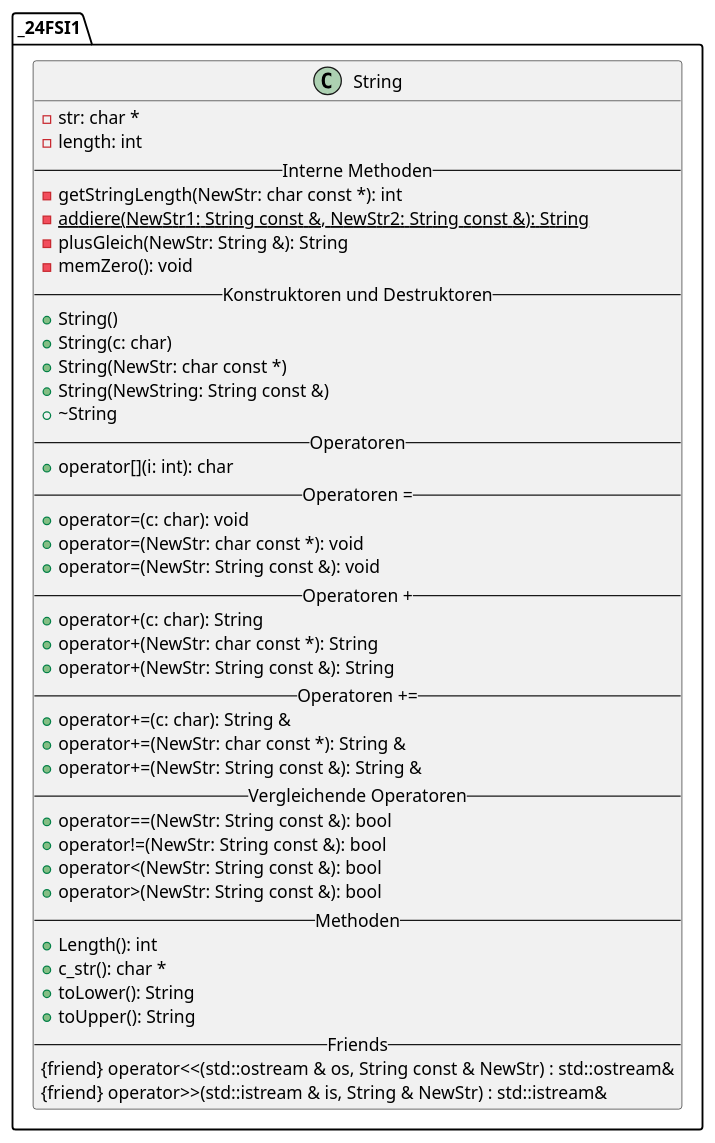
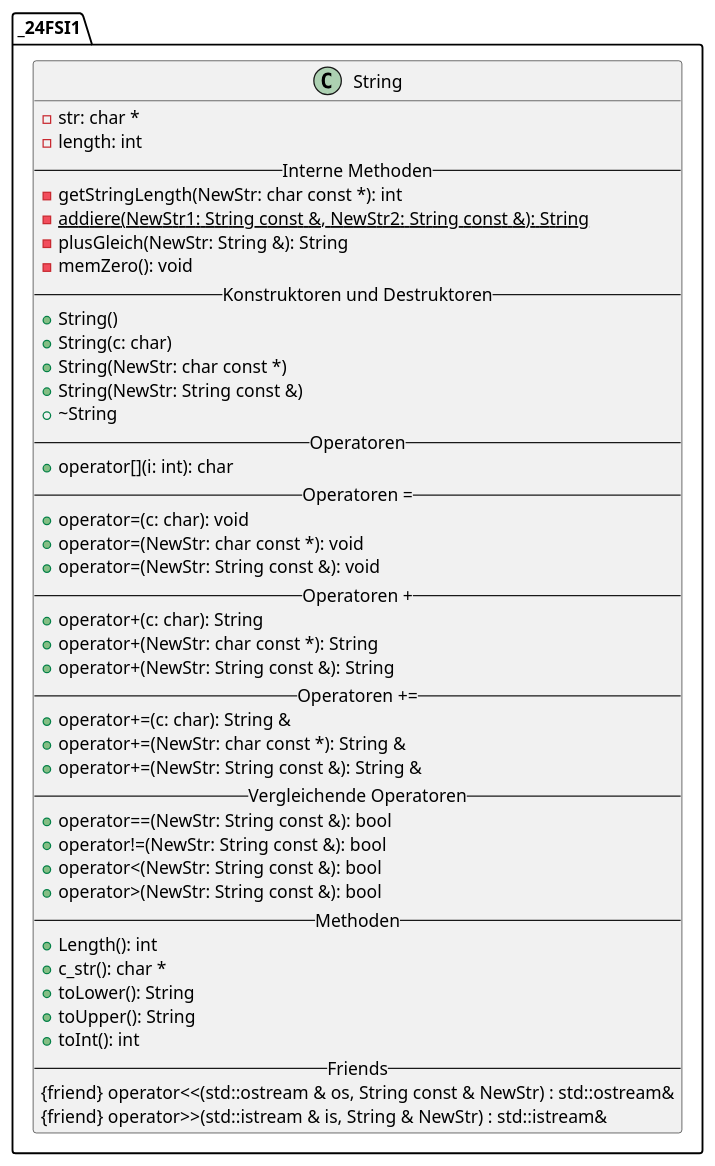
The diagram in String.puml (CarosCave/EigeneStrings), drawn with PlantUML before and after one commit. The commit also changed 3 other files, not shown here.

```diff
--- a/String.puml
+++ b/String.puml
@@ -1,47 +1,48 @@
 @startuml
 'https://plantuml.com/class-diagram
 set namespaceSeparator ::
 class _24FSI1::String {
 -str: char *
 -length: int
 -- Interne Methoden --
 -getStringLength(NewStr: char const *): int
 -{static}addiere(NewStr1: String const &, NewStr2: String const &): String
 -plusGleich(NewStr: String &): String
 -memZero(): void
 -- Konstruktoren und Destruktoren --
 +String()
 +String(c: char)
 +String(NewStr: char const *)
-+String(NewString: String const &)
++String(NewStr: String const &)
 +~String
 -- Operatoren --
 +operator[](i: int): char
 -- Operatoren = --
 +operator=(c: char): void
 +operator=(NewStr: char const *): void
 +operator=(NewStr: String const &): void
 -- Operatoren + --
 +operator+(c: char): String
 +operator+(NewStr: char const *): String
 +operator+(NewStr: String const &): String
 -- Operatoren += --
 +operator+=(c: char): String &
 +operator+=(NewStr: char const *): String &
 +operator+=(NewStr: String const &): String &
 -- Vergleichende Operatoren --
 +operator==(NewStr: String const &): bool
 +operator!=(NewStr: String const &): bool
 +operator<(NewStr: String const &): bool
 +operator>(NewStr: String const &): bool
 -- Methoden --
 +Length(): int
 +c_str(): char *
 +toLower(): String
 +toUpper(): String
++toInt(): int
 -- Friends --
 {friend} operator<<(std::ostream & os, String const & NewStr) : std::ostream&
 {friend} operator>>(std::istream & is, String & NewStr) : std::istream&
 }
 }
 @enduml
```
